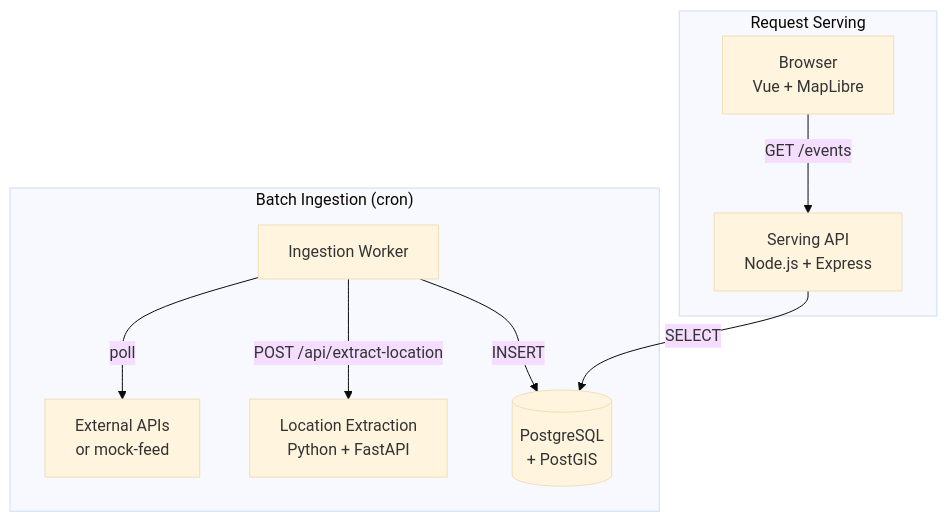
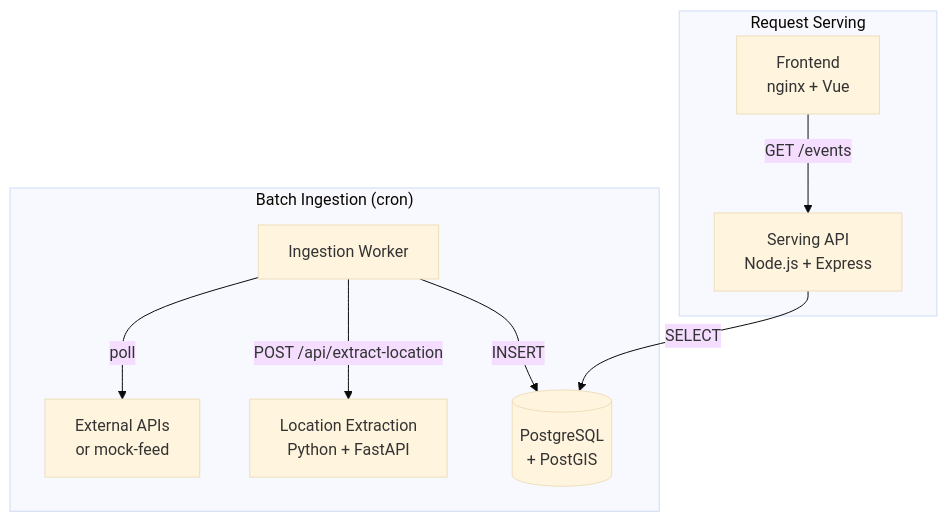
One commit to ConnectedWanderer/living-map changed the first of 3 diagrams in docs/architecture/overview.md. Above: the diagram before and after it, drawn with Mermaid (base theme). The commit also changed other lines of this file and 25 other files, not shown here.

````diff
--- a/docs/architecture/overview.md
+++ b/docs/architecture/overview.md
@@ -22,13 +22,13 @@
 ```mermaid
 flowchart TD
     subgraph Ingestion["Batch Ingestion (cron)"]
         IW[Ingestion Worker] -->|poll| API[External APIs<br/>or mock-feed]
         IW -->|POST /api/extract-location| LE[Location Extraction<br/>Python + FastAPI]
         IW -->|INSERT| DB[(PostgreSQL<br/>+ PostGIS)]
     end
 
     subgraph Serving["Request Serving"]
-        F[Browser<br/>Vue + MapLibre] -->|GET /events| SA[Serving API<br/>Node.js + Express]
+        F[Frontend<br/>nginx + Vue] -->|GET /events| SA[Serving API<br/>Node.js + Express]
         SA -->|SELECT| DB
     end
 ```
````
